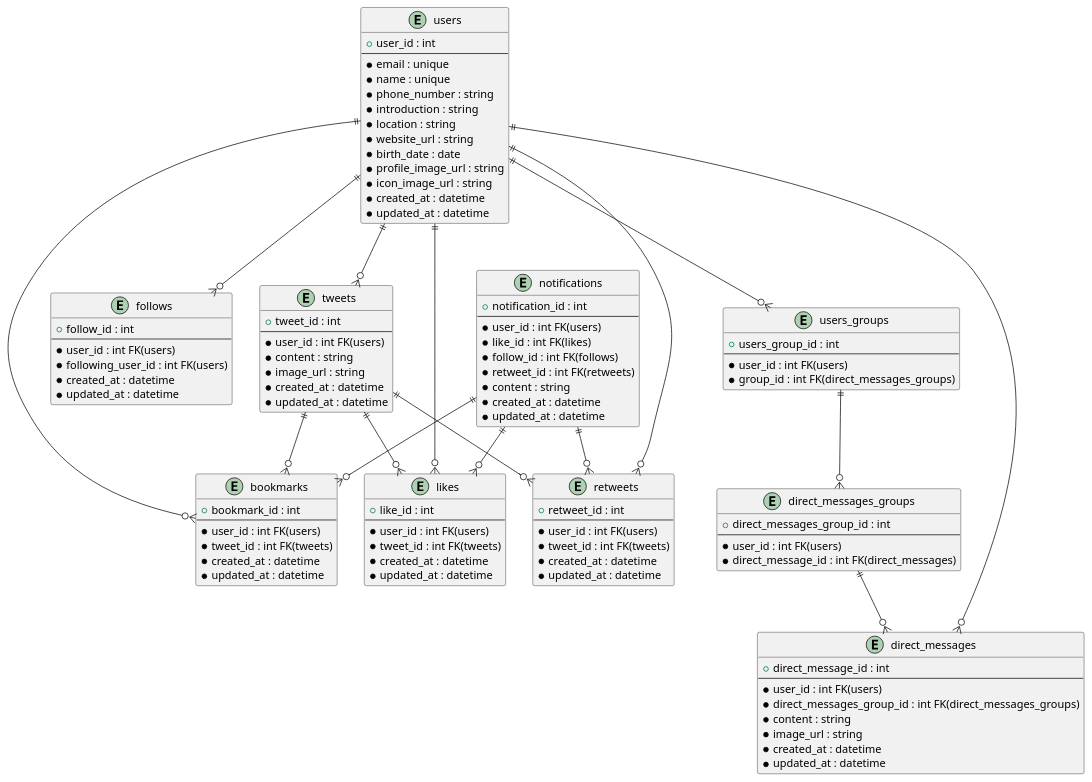
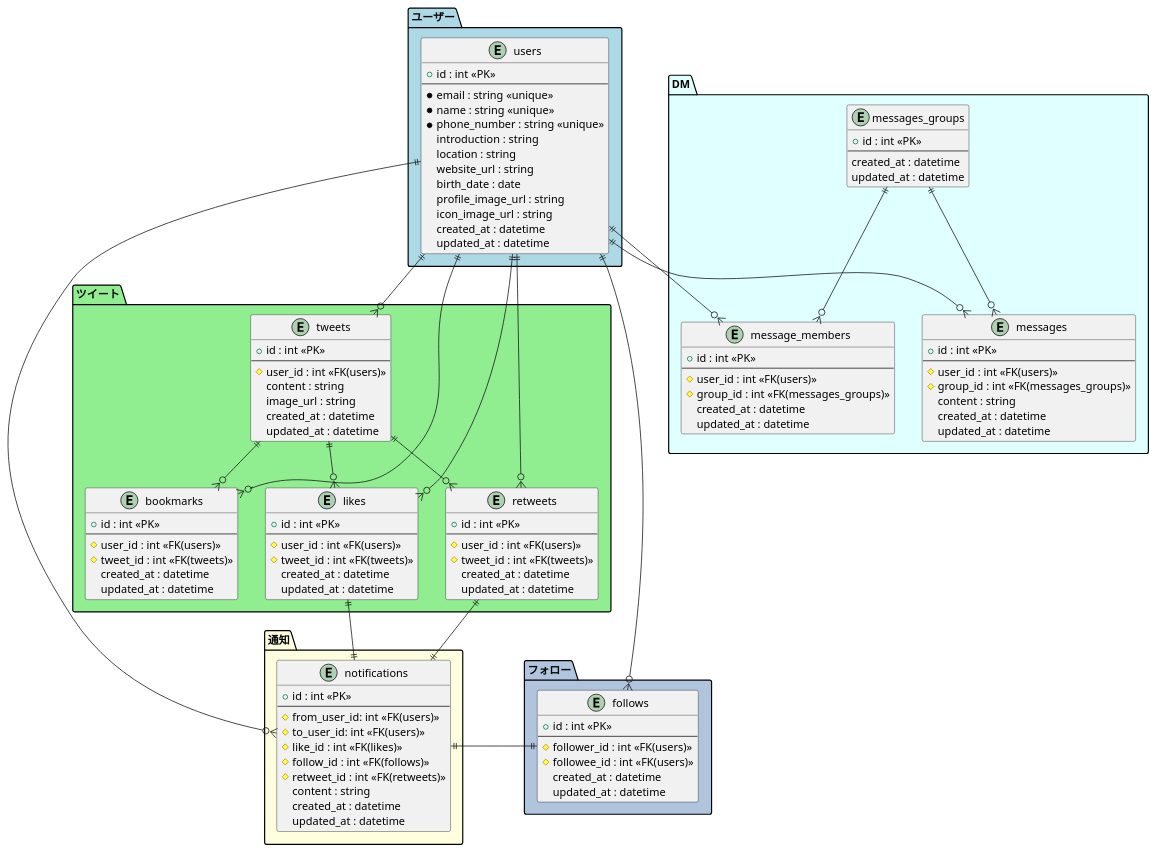
One commit to httqsf/hc_practice changed the diagram in twitter_erd/twitter.pu. Above: the diagram before and after it, drawn with PlantUML. The commit also changed 1 other file, not shown here.

```diff
--- a/twitter_erd/twitter.pu
+++ b/twitter_erd/twitter.pu
@@ -1,120 +1,134 @@
 @startuml twitter
+package "ユーザー" #LightBlue {
   entity "users" as users {
-    + user_id : int
+    + id : int <<PK>>
     --
-    * email : unique
-    * name : unique
-    * phone_number : string
-    * introduction : string
-    * location : string
-    * website_url : string
-    * birth_date : date
-    * profile_image_url : string
-    * icon_image_url : string
-    * created_at : datetime
-    * updated_at : datetime
+    * email : string <<unique>>
+    * name : string <<unique>>
+    * phone_number : string <<unique>>
+      introduction : string
+      location : string
+      website_url : string
+      birth_date : date
+      profile_image_url : string
+      icon_image_url : string
+      created_at : datetime
+      updated_at : datetime
   }
+}
+
+package "フォロー" #LightSteelBlue {
+  entity "follows" as follows {
+    + id : int <<PK>>
+    --
+    # follower_id : int <<FK(users)>>
+    # followee_id : int <<FK(users)>>
+      created_at : datetime
+      updated_at : datetime
+  }
+}
+
+package "ツイート" #LightGreen {
   entity "tweets" as tweets {
-    + tweet_id : int
+    + id : int <<PK>>
     --
-    * user_id : int FK(users)
-    * content : string
-    * image_url : string
-    * created_at : datetime
-    * updated_at : datetime
+    # user_id : int <<FK(users)>>
+      content : string
+      image_url : string
+      created_at : datetime
+      updated_at : datetime
   }
-  entity "follows" as follows {
-    + follow_id : int
+
+  entity "bookmarks" as bookmarks {
+    + id : int <<PK>>
     --
-    * user_id : int FK(users)
-    * following_user_id : int FK(users)
-    * created_at : datetime
-    * updated_at : datetime
-  }
-  entity "bookmarks" as bookmarks {
-    + bookmark_id : int
-    --
-    * user_id : int FK(users)
-    * tweet_id : int FK(tweets)
-    * created_at : datetime
-    * updated_at : datetime
+    # user_id : int <<FK(users)>>
+    # tweet_id : int <<FK(tweets)>>
+      created_at : datetime
+      updated_at : datetime
   }
   entity "likes" as likes {
-    + like_id : int
+    + id : int <<PK>>
     --
-    * user_id : int FK(users)
-    * tweet_id : int FK(tweets)
-    * created_at : datetime
-    * updated_at : datetime
+    # user_id : int <<FK(users)>>
+    # tweet_id : int <<FK(tweets)>>
+      created_at : datetime
+      updated_at : datetime
   }
   entity "retweets" as retweets {
-    + retweet_id : int
+    + id : int <<PK>>
     --
-    * user_id : int FK(users)
-    * tweet_id : int FK(tweets)
-    * created_at : datetime
-    * updated_at : datetime
+    # user_id : int <<FK(users)>>
+    # tweet_id : int <<FK(tweets)>>
+      created_at : datetime
+      updated_at : datetime
   }
-  
+}  
+
+package "通知" #lightyellow {
   entity "notifications" as notifications {
-    + notification_id : int
+    + id : int <<PK>>
     --
-    * user_id : int FK(users)
-    * like_id : int FK(likes)
-    * follow_id : int FK(follows)
-    * retweet_id : int FK(retweets)
-    * content : string
-    * created_at : datetime
-    * updated_at : datetime
+    # from_user_id: int <<FK(users)>>
+    # to_user_id: int <<FK(users)>>
+    # like_id : int <<FK(likes)>>
+    # follow_id : int <<FK(follows)>>
+    # retweet_id : int <<FK(retweets)>>
+      content : string
+      created_at : datetime
+      updated_at : datetime
   }
+}
 
-  entity "direct_messages_groups" as direct_messages_groups {
-    + direct_messages_group_id : int
+package "DM" #LightCyan {
+  entity "messages_groups" as messages_groups {
+    + id : int <<PK>>
     --
-    * user_id : int FK(users)
-    * direct_message_id : int FK(direct_messages)
+      created_at : datetime
+      updated_at : datetime
   }
-  entity "users_groups" as users_groups {
-    + users_group_id : int
+  entity "message_members" as message_members {
+    + id : int <<PK>>
     --
-    * user_id : int FK(users)
-    * group_id : int FK(direct_messages_groups)
+    # user_id : int <<FK(users)>>
+    # group_id : int <<FK(messages_groups)>>
+      created_at : datetime
+      updated_at : datetime
   }
-  entity "direct_messages" as direct_messages {
-    + direct_message_id : int
+  entity "messages" as messages {
+    + id : int <<PK>>
     --
-    * user_id : int FK(users)
-    * direct_messages_group_id : int FK(direct_messages_groups)
-    * content : string
-    * image_url : string
-    * created_at : datetime
-    * updated_at : datetime
+    # user_id : int <<FK(users)>>
+    # group_id : int <<FK(messages_groups)>>
+      content : string
+      created_at : datetime
+      updated_at : datetime
   }
-
+}
 ' --o| // 0か1のみ関連する
 ' --|| // 必ず1つ関連する
 ' --o{ // 0以上関連する(多)
 ' --|{ // 1以上関連する(多)
 
 users ||--o{ tweets
 users ||--o{ bookmarks
 users ||--o{ likes
 users ||--o{ retweets
 users ||--o{ follows
+users ||--o{ messages
+users ||--o{ notifications
+users ||--o{ message_members
 
-users ||--o{ direct_messages
-users ||--o{ users_groups
+messages_groups ||--o{messages
+messages_groups ||--o{message_members
 
-users_groups ||--o{ direct_messages_groups
-
-tweets ||--o{ bookmarks
 tweets ||--o{ likes
 tweets ||--o{ retweets
+tweets ||--o{ bookmarks
 
-direct_messages_groups ||--o{ direct_messages
+follows ||-l-|| notifications
+retweets ||-d-|| notifications
+likes ||-d-|| notifications
 
-notifications ||--o{ bookmarks
-notifications ||--o{ likes
-notifications ||--o{ retweets
 
 @enduml
```
